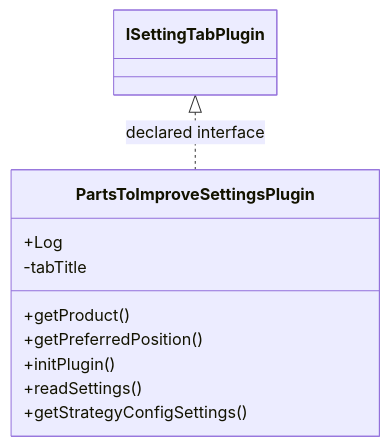
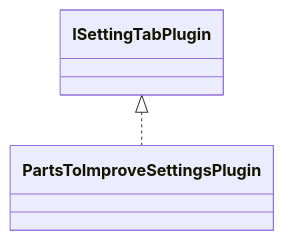
The diagram in docs/sqx/Shared/SettingsPartsToImprove.md (haruperi/HaruQuantAI), drawn with Mermaid before and after one commit. The commit also changed other lines of this file and 1688 other files, not shown here.

````diff
--- a/docs/sqx/Shared/SettingsPartsToImprove.md
+++ b/docs/sqx/Shared/SettingsPartsToImprove.md
@@ -30,14 +26,6 @@
 ```mermaid
 classDiagram
-    class C6bd4669e8998["PartsToImproveSettingsPlugin"] {
-        +Log
-        -tabTitle
-        +getProduct()
-        +getPreferredPosition()
-        +initPlugin()
-        +readSettings()
-        +getStrategyConfigSettings()
-    }
-    class C27734eb41505["ISettingTabPlugin"]
-    C27734eb41505 <|.. C6bd4669e8998 : declared interface
+    class C0["PartsToImproveSettingsPlugin"]
+    class E0["ISettingTabPlugin"]
+    E0 <|.. C0
 ```
````
